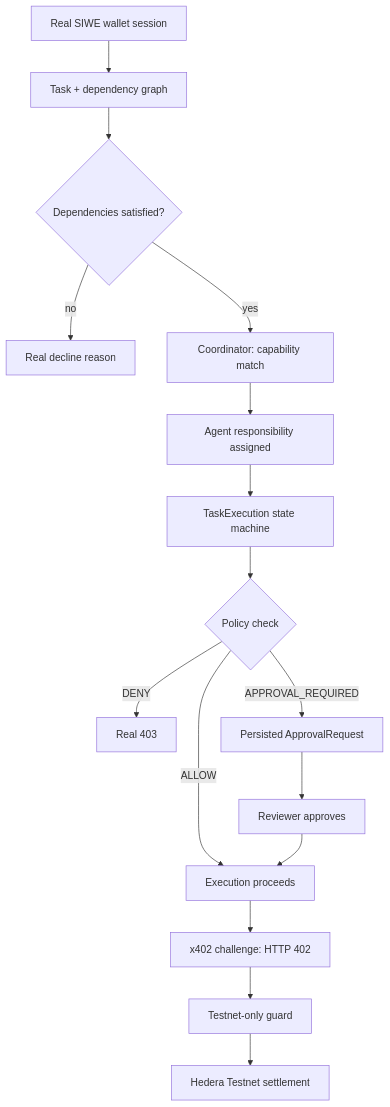
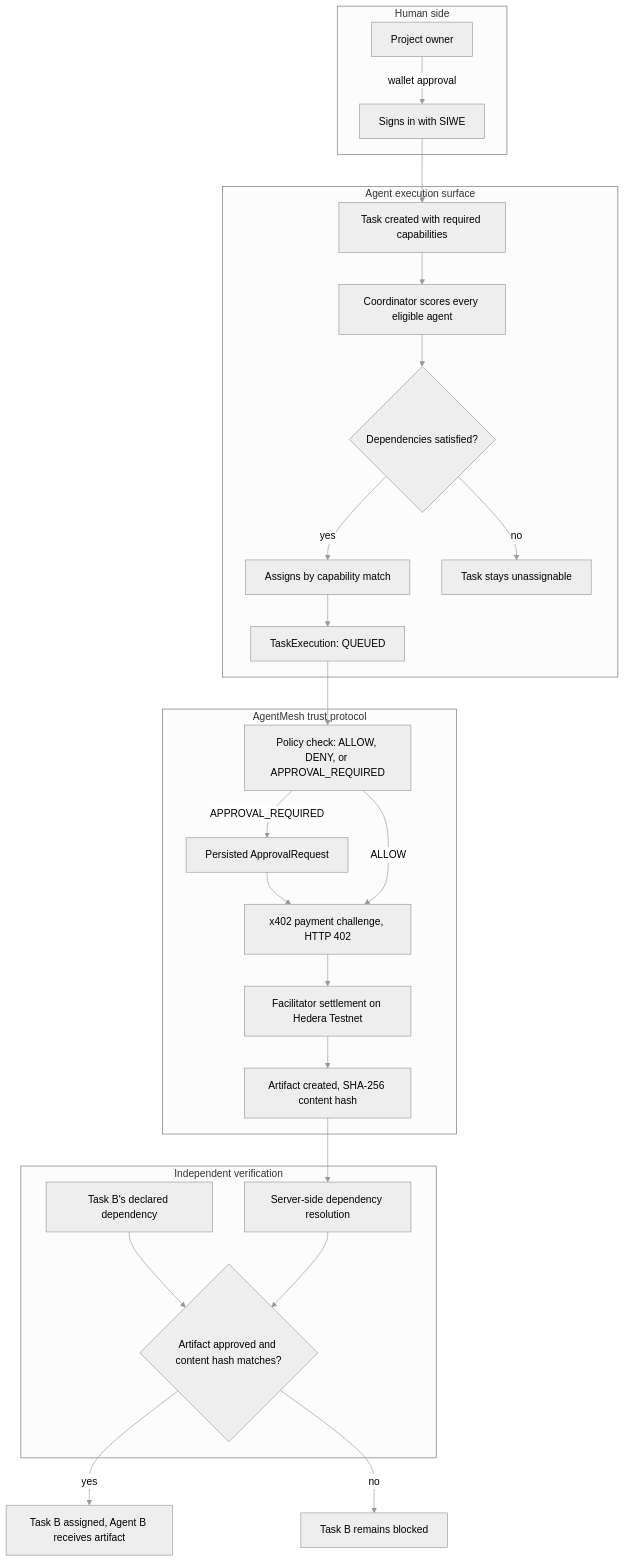
One commit to Swastik221/agentmesh changed the diagram in README.md. Above: the diagram before and after it, drawn with Mermaid. The commit also changed other lines of this file, not shown here.

First line of the commit message:
Revise README with logo size change and new content

````diff
--- a/README.md
+++ b/README.md
@@ -127,29 +137,52 @@
 ```mermaid
+%%{init: {'theme': 'neutral', 'themeVariables': {'primaryColor': '#2b2b2b', 'primaryTextColor': '#e5e5e5', 'primaryBorderColor': '#666666', 'lineColor': '#999999', 'secondaryColor': '#2b2b2b', 'tertiaryColor': '#2b2b2b'}}}%%
 flowchart TB
-    U[Real SIWE wallet session]
-    T[Task + dependency graph]
-    D{Dependencies satisfied?}
-    DECLINE[Real decline reason]
-    C[Coordinator: capability match]
-    A[Agent responsibility assigned]
-    E[TaskExecution state machine]
-    P{Policy check}
-    ALLOWED[Execution proceeds]
-    DENIED[Real 403]
-    AR[Persisted ApprovalRequest]
-    R[Reviewer approves]
-    X[x402 challenge: HTTP 402]
-    G[Testnet-only guard]
-    H[Hedera Testnet settlement]
+    subgraph Human["Human side"]
+        H1[Project owner]
+        H2[Signs in with SIWE]
+        H1 -->|wallet approval| H2
+    end
 
-    U --> T --> D
-    D -- yes --> C --> A --> E
-    D -- no --> DECLINE
+    subgraph Agent["Agent execution surface"]
+        U1[Task created with required capabilities]
+        O1[Coordinator scores every eligible agent]
+        GATE{Dependencies satisfied?}
+        MATCH[Assigns by capability match]
+        T1[TaskExecution: QUEUED]
+        U1 --> O1
+        O1 --> GATE
+        GATE -->|no| NOASSIGN[Task stays unassignable]
+        GATE -->|yes| MATCH
+        MATCH --> T1
+    end
 
-    E --> P
-    P -- ALLOW --> ALLOWED --> X
-    P -- DENY --> DENIED
-    P -- APPROVAL_REQUIRED --> AR --> R --> ALLOWED
+    H2 --> U1
 
-    X --> G --> H
+    subgraph Trust["AgentMesh trust protocol"]
+        POL[Policy check: ALLOW, DENY, or APPROVAL_REQUIRED]
+        APR[Persisted ApprovalRequest]
+        PAY[x402 payment challenge, HTTP 402]
+        SET[Facilitator settlement on Hedera Testnet]
+        ART[Artifact created, SHA-256 content hash]
+        POL -->|APPROVAL_REQUIRED| APR
+        APR --> PAY
+        POL -->|ALLOW| PAY
+        PAY --> SET
+        SET --> ART
+    end
+
+    T1 --> POL
+
+    subgraph Verify["Independent verification"]
+        R1[Task B's declared dependency]
+        R2[Server-side dependency resolution]
+        AGREE{Artifact approved and content hash matches?}
+        R1 --> AGREE
+        R2 --> AGREE
+    end
+
+    ART --> R2
+
+    AGREE -->|yes| DONE[Task B assigned, Agent B receives artifact]
+    AGREE -->|no| BLOCKED[Task B remains blocked]
 ```
````
